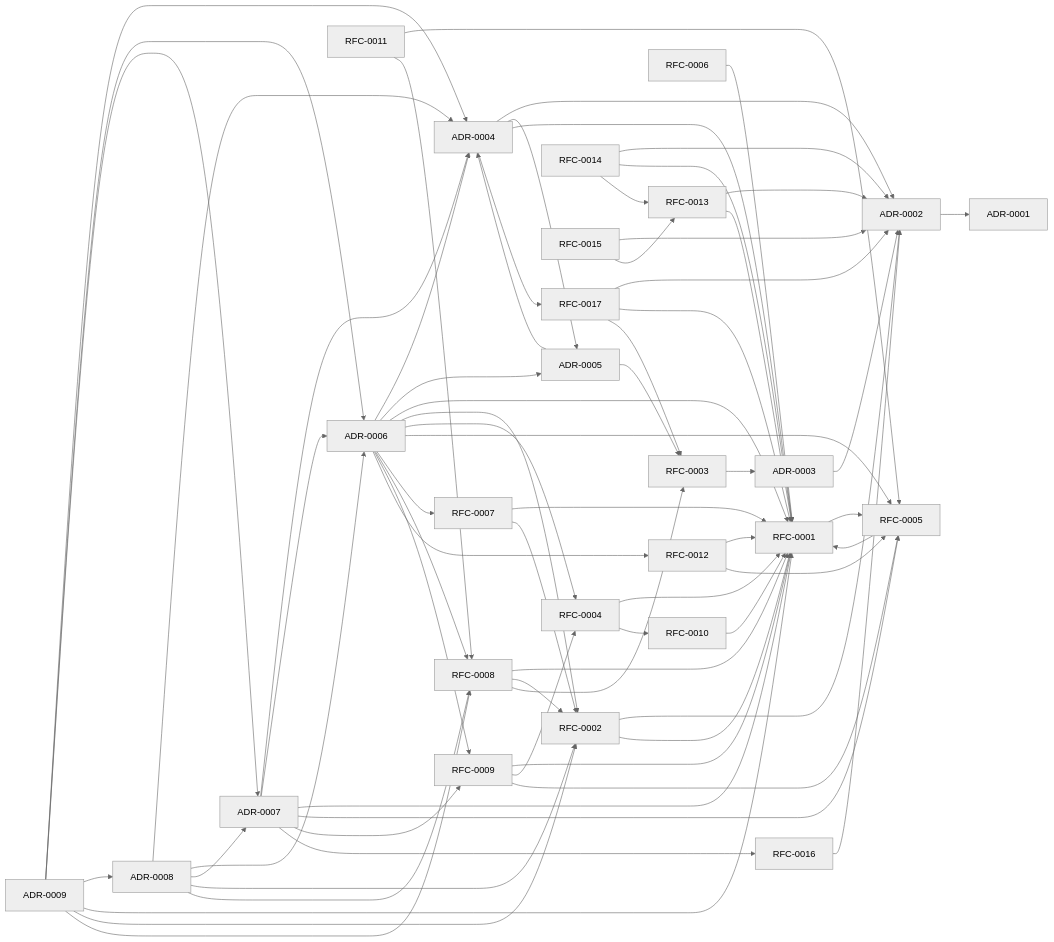
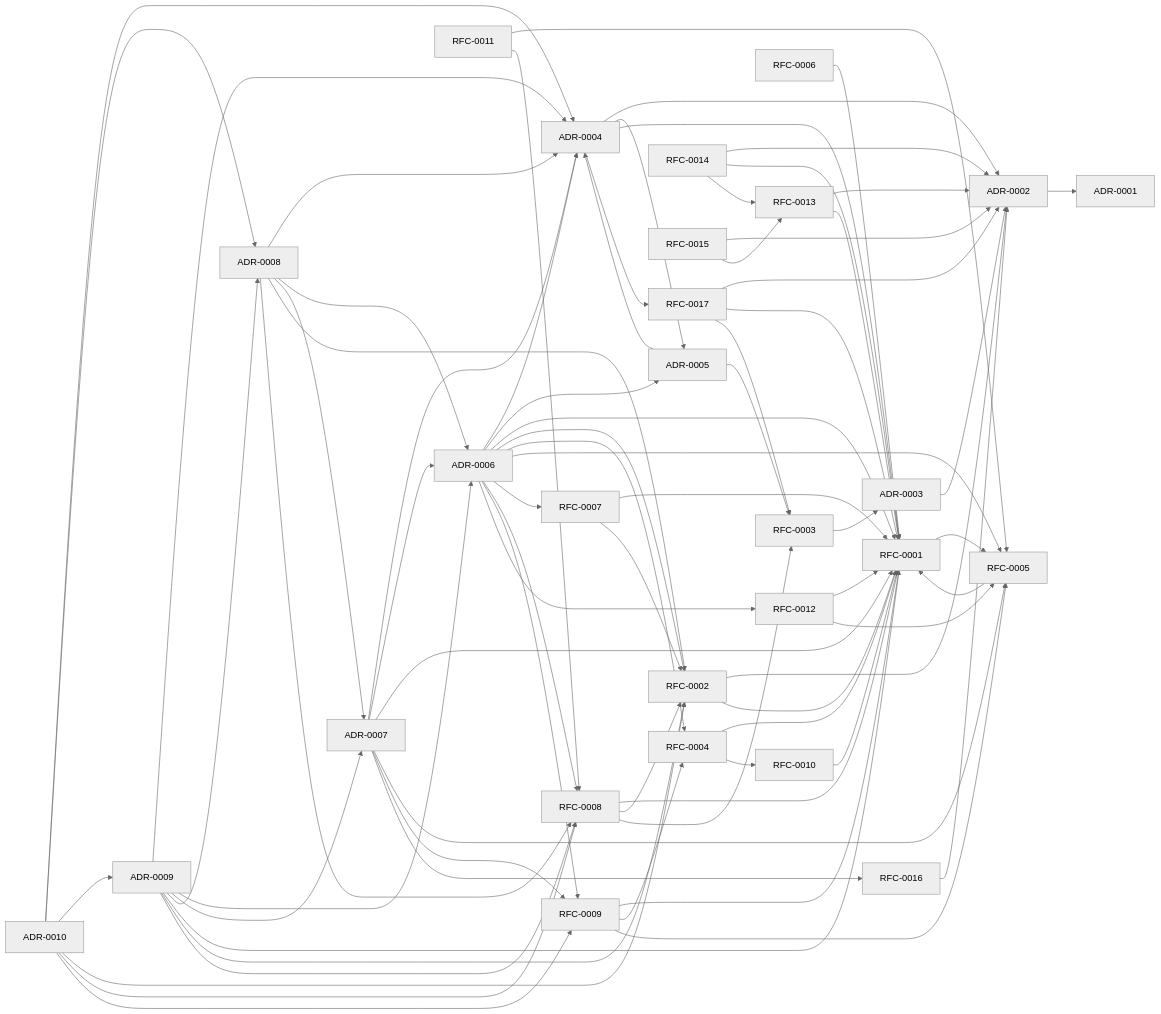
One commit to brilliantgibrann16/frontier-creative-os changed the diagram in docs/derived/DOCUMENT_GRAPH.md. Above: the diagram before and after it, drawn with Mermaid (neutral theme). The commit also changed other lines of this file and 2 other files, not shown here.

Commit message:
docs(derived): regenerate derived corpus after ADR-0010 [3/3]
ADR-*.md is a derivation source (DOC_DERIVATION_CONVENTIONS §5).
BUILD DETERMINISTIC x2; freshness, link, and ID gates green locally.
ARCHITECTURE_OUTLINE.md regenerated byte-identical (not included).

Refs #7

```diff
--- a/docs/derived/DOCUMENT_GRAPH.md
+++ b/docs/derived/DOCUMENT_GRAPH.md
@@ -81,6 +82,7 @@
   ADR0007["ADR-0007"]
   ADR0008["ADR-0008"]
   ADR0009["ADR-0009"]
+  ADR0010["ADR-0010"]
   RFC0001["RFC-0001"]
   RFC0002["RFC-0002"]
   RFC0003["RFC-0003"]
@@ -134,6 +136,12 @@
   ADR0009 --> RFC0001
   ADR0009 --> RFC0002
   ADR0009 --> RFC0008
+  ADR0010 --> ADR0004
+  ADR0010 --> ADR0008
+  ADR0010 --> ADR0009
+  ADR0010 --> RFC0002
+  ADR0010 --> RFC0008
+  ADR0010 --> RFC0009
   RFC0001 --> RFC0005
   RFC0002 --> ADR0002
   RFC0002 --> RFC0001
```
